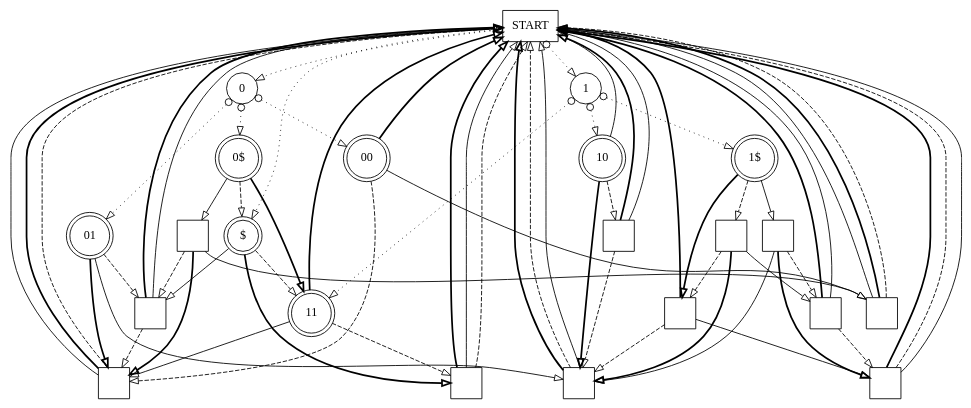
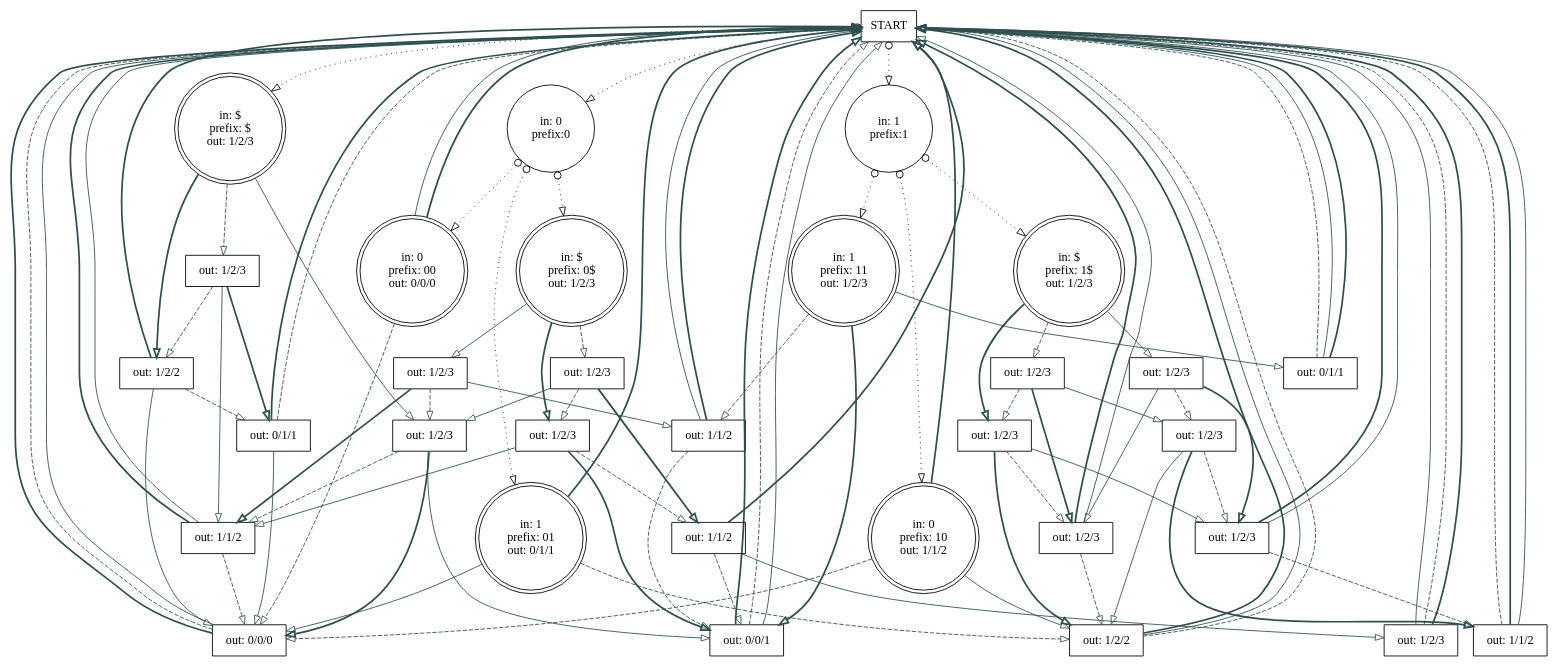
Before and after one commit to ihh/dnastore: the diagram in doc/eof2.dot, drawn with Graphviz. The commit also changed 14 other files, not shown here.

Commit message:
better figure

```diff
--- a/doc/eof2.dot
+++ b/doc/eof2.dot
@@ -1,90 +1,130 @@
 digraph G {
  S [style=solid;shape=box;label="START"];
- P0 [style=solid;shape=circle;label="0"];
- P1 [style=solid;shape=circle;label="1"];
- Wx [style=solid;shape=doublecircle;label="$"];
- W00 [style=solid;shape=doublecircle;label="00"];
- W01 [style=solid;shape=doublecircle;label="01"];
- W0x [style=solid;shape=doublecircle;label="0$"];
- W10 [style=solid;shape=doublecircle;label="10"];
- W11 [style=solid;shape=doublecircle;label="11"];
- W1x [style=solid;shape=doublecircle;label="1$"];
- C1 [style=solid;shape=square;label=""];
- C2 [style=solid;shape=square;label=""];
- C3 [style=solid;shape=square;label=""];
- C4 [style=solid;shape=square;label=""];
- C5 [style=solid;shape=square;label=""];
- C6 [style=solid;shape=square;label=""];
- C7 [style=solid;shape=square;label=""];
- C8 [style=solid;shape=square;label=""];
- C9 [style=solid;shape=square;label=""];
- C10 [style=solid;shape=square;label=""];
- C11 [style=solid;shape=square;label=""];
- C12 [style=solid;shape=square;label=""];
- S -> P0 [style=dotted;dir=both;arrowtail=odot;arrowhead=empty;];
- S -> Wx [style=dotted;dir=both;arrowtail=odot;arrowhead=empty;];
- S -> P1 [style=dotted;dir=both;arrowtail=odot;arrowhead=empty;];
- P0 -> W0x [style=dotted;dir=both;arrowtail=odot;arrowhead=empty;];
- P0 -> W01 [style=dotted;dir=both;arrowtail=odot;arrowhead=empty;];
- P0 -> W00 [style=dotted;dir=both;arrowtail=odot;arrowhead=empty;];
- P1 -> W11 [style=dotted;dir=both;arrowtail=odot;arrowhead=empty;];
- P1 -> W1x [style=dotted;dir=both;arrowtail=odot;arrowhead=empty;];
- P1 -> W10 [style=dotted;dir=both;arrowtail=odot;arrowhead=empty;];
- Wx -> C6 [style=bold;arrowhead=empty;];
- Wx -> C3 [style=solid;arrowhead=empty;];
- Wx -> W11 [style=dashed;arrowhead=empty;];
- W00 -> S [style=bold;arrowhead=empty;];
- W00 -> C1 [style=dashed;arrowhead=empty;];
- W00 -> C2 [style=solid;arrowhead=empty;];
- W01 -> C1 [style=bold;arrowhead=empty;];
- W01 -> C4 [style=solid;arrowhead=empty;];
- W01 -> C3 [style=dashed;arrowhead=empty;];
- W0x -> C7 [style=solid;arrowhead=empty;];
- W0x -> Wx [style=dashed;arrowhead=empty;];
- W0x -> W11 [style=bold;arrowhead=empty;];
- W10 -> C4 [style=bold;arrowhead=empty;];
- W10 -> C5 [style=dashed;arrowhead=empty;];
- W10 -> S [style=solid;arrowhead=empty;];
- W11 -> S [style=bold;arrowhead=empty;];
- W11 -> C1 [style=solid;arrowhead=empty;];
- W11 -> C6 [style=dashed;arrowhead=empty;];
- W1x -> C9 [style=solid;arrowhead=empty;];
- W1x -> C8 [style=dashed;arrowhead=empty;];
- W1x -> C10 [style=bold;arrowhead=empty;];
- C1 -> S [style=solid;arrowhead=empty;];
- C1 -> S [style=bold;arrowhead=empty;];
- C1 -> S [style=dashed;arrowhead=empty;];
- C2 -> S [style=solid;arrowhead=empty;];
- C2 -> S [style=bold;arrowhead=empty;];
- C2 -> S [style=dashed;arrowhead=empty;];
- C3 -> S [style=bold;arrowhead=empty;];
- C3 -> S [style=solid;arrowhead=empty;];
- C3 -> C1 [style=dashed;arrowhead=empty;];
- C4 -> S [style=bold;arrowhead=empty;];
- C4 -> S [style=dashed;arrowhead=empty;];
- C4 -> S [style=solid;arrowhead=empty;];
- C5 -> S [style=bold;arrowhead=empty;];
- C5 -> C4 [style=dashed;arrowhead=empty;];
- C5 -> S [style=solid;arrowhead=empty;];
- C6 -> S [style=bold;arrowhead=empty;];
- C6 -> S [style=solid;arrowhead=empty;];
- C6 -> S [style=dashed;arrowhead=empty;];
- C7 -> C3 [style=dashed;arrowhead=empty;];
- C7 -> C2 [style=solid;arrowhead=empty;];
- C7 -> C1 [style=bold;arrowhead=empty;];
- C8 -> C11 [style=solid;arrowhead=empty;];
- C8 -> C10 [style=dashed;arrowhead=empty;];
- C8 -> C4 [style=bold;arrowhead=empty;];
- C9 -> C12 [style=bold;arrowhead=empty;];
- C9 -> C11 [style=dashed;arrowhead=empty;];
- C9 -> C4 [style=solid;arrowhead=empty;];
- C10 -> S [style=bold;arrowhead=empty;];
- C10 -> C12 [style=solid;arrowhead=empty;];
- C10 -> C4 [style=dashed;arrowhead=empty;];
- C11 -> S [style=bold;arrowhead=empty;];
- C11 -> C12 [style=dashed;arrowhead=empty;];
- C11 -> S [style=solid;arrowhead=empty;];
- C12 -> S [style=bold;arrowhead=empty;];
- C12 -> S [style=dashed;arrowhead=empty;];
- C12 -> S [style=solid;arrowhead=empty;];
+ P0 [style=solid;shape=circle;label="in: 0\nprefix:0"];
+ P1 [style=solid;shape=circle;label="in: 1\nprefix:1"];
+ Wx [style=solid;shape=doublecircle;label="in: $\nprefix: $\nout: 1/2/3"];
+ W00 [style=solid;shape=doublecircle;label="in: 0\nprefix: 00\nout: 0/0/0"];
+ W01 [style=solid;shape=doublecircle;label="in: 1\nprefix: 01\nout: 0/1/1"];
+ W0x [style=solid;shape=doublecircle;label="in: $\nprefix: 0$\nout: 1/2/3"];
+ W10 [style=solid;shape=doublecircle;label="in: 0\nprefix: 10\nout: 1/1/2"];
+ W11 [style=solid;shape=doublecircle;label="in: 1\nprefix: 11\nout: 1/2/3"];
+ W1x [style=solid;shape=doublecircle;label="in: $\nprefix: 1$\nout: 1/2/3"];
+ C1 [style=solid;shape=box;label="out: 0/0/0"];
+ C2 [style=solid;shape=box;label="out: 1/2/2"];
+ C3 [style=solid;shape=box;label="out: 1/1/2"];
+ C4 [style=solid;shape=box;label="out: 0/1/1"];
+ C5 [style=solid;shape=box;label="out: 0/0/1"];
+ C6 [style=solid;shape=box;label="out: 1/2/3"];
+ C7 [style=solid;shape=box;label="out: 1/2/3"];
+ C8 [style=solid;shape=box;label="out: 1/2/2"];
+ C9 [style=solid;shape=box;label="out: 1/1/2"];
+ C10 [style=solid;shape=box;label="out: 0/1/1"];
+ C11 [style=solid;shape=box;label="out: 1/2/3"];
+ C12 [style=solid;shape=box;label="out: 1/2/3"];
+ C13 [style=solid;shape=box;label="out: 1/2/3"];
+ C14 [style=solid;shape=box;label="out: 1/1/2"];
+ C15 [style=solid;shape=box;label="out: 1/2/3"];
+ C16 [style=solid;shape=box;label="out: 1/2/3"];
+ C17 [style=solid;shape=box;label="out: 1/2/3"];
+ C18 [style=solid;shape=box;label="out: 1/2/3"];
+ C19 [style=solid;shape=box;label="out: 1/2/3"];
+ C20 [style=solid;shape=box;label="out: 1/2/3"];
+ C21 [style=solid;shape=box;label="out: 1/2/3"];
+ C22 [style=solid;shape=box;label="out: 1/1/2"];
+ S -> P1 [style=dotted;color=black;dir=both;arrowtail=odot;arrowhead=empty;];
+ S -> P0 [style=dotted;color=black;dir=both;arrowtail=odot;arrowhead=empty;];
+ S -> Wx [style=dotted;color=black;dir=both;arrowtail=odot;arrowhead=empty;];
+ P0 -> W00 [style=dotted;color=black;dir=both;arrowtail=odot;arrowhead=empty;];
+ P0 -> W0x [style=dotted;color=black;dir=both;arrowtail=odot;arrowhead=empty;];
+ P0 -> W01 [style=dotted;color=black;dir=both;arrowtail=odot;arrowhead=empty;];
+ P1 -> W10 [style=dotted;color=black;dir=both;arrowtail=odot;arrowhead=empty;];
+ P1 -> W1x [style=dotted;color=black;dir=both;arrowtail=odot;arrowhead=empty;];
+ P1 -> W11 [style=dotted;color=black;dir=both;arrowtail=odot;arrowhead=empty;];
+ Wx -> C7 [style=solid;color=darkslategray;arrowhead=empty;];
+ Wx -> C6 [style=dashed;color=darkslategray;arrowhead=empty;];
+ Wx -> C8 [style=bold;color=darkslategray;arrowhead=empty;];
+ W00 -> S [style=solid;color=darkslategray;arrowhead=empty;];
+ W00 -> C1 [style=dashed;color=darkslategray;arrowhead=empty;];
+ W00 -> S [style=bold;color=darkslategray;arrowhead=empty;];
+ W01 -> C1 [style=solid;color=darkslategray;arrowhead=empty;];
+ W01 -> S [style=bold;color=darkslategray;arrowhead=empty;];
+ W01 -> C2 [style=dashed;color=darkslategray;arrowhead=empty;];
+ W0x -> C12 [style=solid;color=darkslategray;arrowhead=empty;];
+ W0x -> C13 [style=bold;color=darkslategray;arrowhead=empty;];
+ W0x -> C11 [style=dashed;color=darkslategray;arrowhead=empty;];
+ W10 -> C1 [style=dashed;color=darkslategray;arrowhead=empty;];
+ W10 -> C2 [style=solid;color=darkslategray;arrowhead=empty;];
+ W10 -> S [style=bold;color=darkslategray;arrowhead=empty;];
+ W11 -> C5 [style=bold;color=darkslategray;arrowhead=empty;];
+ W11 -> C3 [style=dashed;color=darkslategray;arrowhead=empty;];
+ W11 -> C4 [style=solid;color=darkslategray;arrowhead=empty;];
+ W1x -> C17 [style=solid;color=darkslategray;arrowhead=empty;];
+ W1x -> C18 [style=bold;color=darkslategray;arrowhead=empty;];
+ W1x -> C16 [style=dashed;color=darkslategray;arrowhead=empty;];
+ C1 -> S [style=bold;color=darkslategray;arrowhead=empty;];
+ C1 -> S [style=dashed;color=darkslategray;arrowhead=empty;];
+ C1 -> S [style=solid;color=darkslategray;arrowhead=empty;];
+ C2 -> S [style=bold;color=darkslategray;arrowhead=empty;];
+ C2 -> S [style=solid;color=darkslategray;arrowhead=empty;];
+ C2 -> S [style=dashed;color=darkslategray;arrowhead=empty;];
+ C3 -> S [style=solid;color=darkslategray;arrowhead=empty;];
+ C3 -> S [style=bold;color=darkslategray;arrowhead=empty;];
+ C3 -> C5 [style=dashed;color=darkslategray;arrowhead=empty;];
+ C4 -> S [style=dashed;color=darkslategray;arrowhead=empty;];
+ C4 -> S [style=solid;color=darkslategray;arrowhead=empty;];
+ C4 -> S [style=bold;color=darkslategray;arrowhead=empty;];
+ C5 -> S [style=bold;color=darkslategray;arrowhead=empty;];
+ C5 -> S [style=dashed;color=darkslategray;arrowhead=empty;];
+ C5 -> S [style=solid;color=darkslategray;arrowhead=empty;];
+ C6 -> C8 [style=dashed;color=darkslategray;arrowhead=empty;];
+ C6 -> C10 [style=bold;color=darkslategray;arrowhead=empty;];
+ C6 -> C9 [style=solid;color=darkslategray;arrowhead=empty;];
+ C7 -> C1 [style=bold;color=darkslategray;arrowhead=empty;];
+ C7 -> C9 [style=dashed;color=darkslategray;arrowhead=empty;];
+ C7 -> C5 [style=solid;color=darkslategray;arrowhead=empty;];
+ C8 -> S [style=bold;color=darkslategray;arrowhead=empty;];
+ C8 -> C1 [style=solid;color=darkslategray;arrowhead=empty;];
+ C8 -> C10 [style=dashed;color=darkslategray;arrowhead=empty;];
+ C9 -> S [style=bold;color=darkslategray;arrowhead=empty;];
+ C9 -> S [style=solid;color=darkslategray;arrowhead=empty;];
+ C9 -> C1 [style=dashed;color=darkslategray;arrowhead=empty;];
+ C10 -> S [style=bold;color=darkslategray;arrowhead=empty;];
+ C10 -> C1 [style=solid;color=darkslategray;arrowhead=empty;];
+ C10 -> S [style=dashed;color=darkslategray;arrowhead=empty;];
+ C11 -> C13 [style=dashed;color=darkslategray;arrowhead=empty;];
+ C11 -> C14 [style=bold;color=darkslategray;arrowhead=empty;];
+ C11 -> C7 [style=solid;color=darkslategray;arrowhead=empty;];
+ C12 -> C3 [style=solid;color=darkslategray;arrowhead=empty;];
+ C12 -> C7 [style=dashed;color=darkslategray;arrowhead=empty;];
+ C12 -> C9 [style=bold;color=darkslategray;arrowhead=empty;];
+ C13 -> C5 [style=bold;color=darkslategray;arrowhead=empty;];
+ C13 -> C14 [style=dashed;color=darkslategray;arrowhead=empty;];
+ C13 -> C9 [style=solid;color=darkslategray;arrowhead=empty;];
+ C14 -> C5 [style=dashed;color=darkslategray;arrowhead=empty;];
+ C14 -> S [style=bold;color=darkslategray;arrowhead=empty;];
+ C14 -> C15 [style=solid;color=darkslategray;arrowhead=empty;];
+ C15 -> S [style=solid;color=darkslategray;arrowhead=empty;];
+ C15 -> S [style=dashed;color=darkslategray;arrowhead=empty;];
+ C15 -> S [style=bold;color=darkslategray;arrowhead=empty;];
+ C16 -> C20 [style=bold;color=darkslategray;arrowhead=empty;];
+ C16 -> C18 [style=dashed;color=darkslategray;arrowhead=empty;];
+ C16 -> C19 [style=solid;color=darkslategray;arrowhead=empty;];
+ C17 -> C19 [style=dashed;color=darkslategray;arrowhead=empty;];
+ C17 -> C21 [style=bold;color=darkslategray;arrowhead=empty;];
+ C17 -> C20 [style=solid;color=darkslategray;arrowhead=empty;];
+ C18 -> C21 [style=solid;color=darkslategray;arrowhead=empty;];
+ C18 -> C2 [style=bold;color=darkslategray;arrowhead=empty;];
+ C18 -> C20 [style=dashed;color=darkslategray;arrowhead=empty;];
+ C19 -> C2 [style=solid;color=darkslategray;arrowhead=empty;];
+ C19 -> C22 [style=bold;color=darkslategray;arrowhead=empty;];
+ C19 -> C21 [style=dashed;color=darkslategray;arrowhead=empty;];
+ C20 -> S [style=bold;color=darkslategray;arrowhead=empty;];
+ C20 -> C2 [style=dashed;color=darkslategray;arrowhead=empty;];
+ C20 -> S [style=solid;color=darkslategray;arrowhead=empty;];
+ C21 -> S [style=bold;color=darkslategray;arrowhead=empty;];
+ C21 -> C22 [style=dashed;color=darkslategray;arrowhead=empty;];
+ C21 -> S [style=solid;color=darkslategray;arrowhead=empty;];
+ C22 -> S [style=dashed;color=darkslategray;arrowhead=empty;];
+ C22 -> S [style=bold;color=darkslategray;arrowhead=empty;];
+ C22 -> S [style=solid;color=darkslategray;arrowhead=empty;];
 }
```
